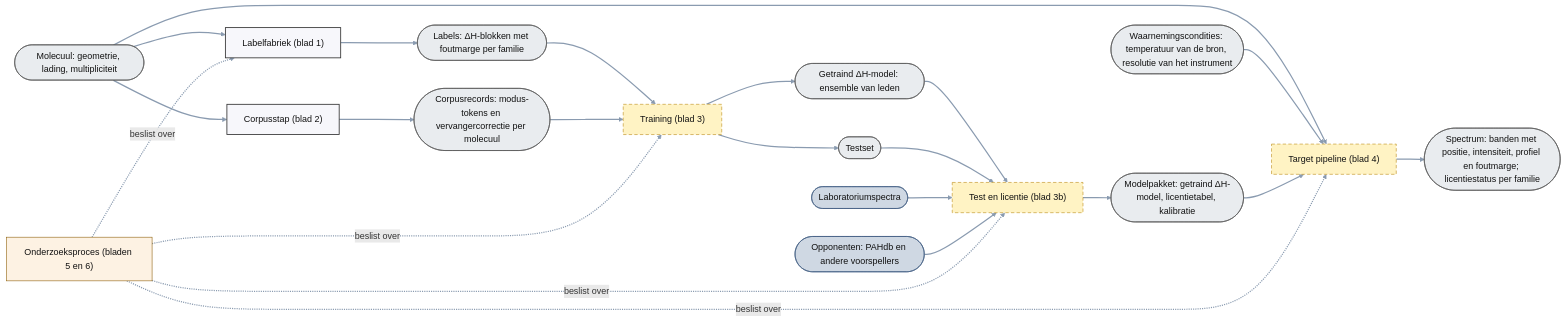
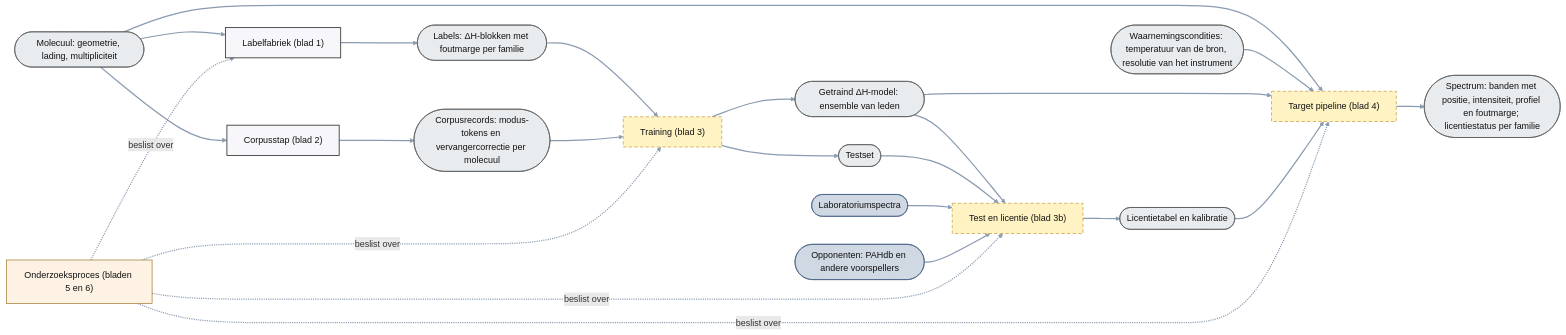
Before and after one commit to thebreadishard/udacity-capstone-plan: the diagram in plans/05_delta-probed-ir-pipeline/GoalGathering/architecture/00_overzicht.mmd, drawn with Mermaid. The commit also changed 2 other files, not shown here.

Commit message:
Plan 05 architecture: option 1 for the model — sheet 3b ends in the licence table and the calibration (bundling step and modelpakket removed; the weights do not change there); the overview sends the trained ΔH-model from sheet 3 and the licence table with calibration from sheet 3b to the target pipeline; index row updated; rendered locally

```diff
--- a/plans/05_delta-probed-ir-pipeline/GoalGathering/architecture/00_overzicht.mmd
+++ b/plans/05_delta-probed-ir-pipeline/GoalGathering/architecture/00_overzicht.mmd
@@ -1,46 +1,47 @@
 %% Overzicht plan 05 (niveau 1): de soorten proces en de data-objecten die ze verbinden. Doelarchitectuur; geen besluiten, geen data.
 %% Rechthoek = proces (hier: een heel blad); ronde uiteinden = data-object; pijl = datastroom. Gestippeld = nog niet gebouwd.
 flowchart LR
   linkStyle default stroke:#8a9bb0,stroke-width:2.2px
   classDef planned stroke-dasharray: 6 4,stroke:#b8860b,fill:#fff3c4,color:#111
   classDef ext fill:#cfd8e3,stroke:#3d5a80,color:#111
   classDef data fill:#e9ecef,stroke:#555,color:#111
   classDef proc fill:#f7f7fb,stroke:#333,stroke-width:1.5px,color:#111
   classDef research fill:#fdf2e3,stroke:#8a5a00,color:#111
 
   MOL(["Molecuul: geometrie, lading, multipliciteit"]):::data
   COND(["Waarnemingscondities: temperatuur van de bron, resolutie van het instrument"]):::data
   LABDB(["Laboratoriumspectra"]):::ext
   PAHDB(["Opponenten: PAHdb en andere voorspellers"]):::ext
 
   LABF["Labelfabriek (blad 1)"]:::proc
   LABELS(["Labels: ΔH-blokken met foutmarge per familie"]):::data
   CORPF["Corpusstap (blad 2)"]:::proc
   CORPUS(["Corpusrecords: modus-tokens en vervangercorrectie per molecuul"]):::data
   TRAIN["Training (blad 3)"]:::planned
   TRAINED(["Getraind ΔH-model: ensemble van leden"]):::data
   TESTSET(["Testset"]):::data
   EVAL["Test en licentie (blad 3b)"]:::planned
-  MODEL(["Modelpakket: getraind ΔH-model, licentietabel, kalibratie"]):::data
+  LICCAL(["Licentietabel en kalibratie"]):::data
   PIPE["Target pipeline (blad 4)"]:::planned
   SPEC(["Spectrum: banden met positie, intensiteit, profiel en foutmarge; licentiestatus per familie"]):::data
   RES["Onderzoeksproces (bladen 5 en 6)"]:::research
 
   MOL --> LABF --> LABELS
   MOL --> CORPF --> CORPUS
   LABELS --> TRAIN
   CORPUS --> TRAIN
   TRAIN --> TRAINED
   TRAINED --> EVAL
   TRAIN --> TESTSET --> EVAL
   LABDB --> EVAL
   PAHDB --> EVAL
-  EVAL --> MODEL
+  EVAL --> LICCAL
   MOL --> PIPE
   COND --> PIPE
-  MODEL --> PIPE
+  TRAINED --> PIPE
+  LICCAL --> PIPE
   PIPE --> SPEC
   RES -. beslist over .-> LABF
   RES -. beslist over .-> TRAIN
   RES -. beslist over .-> EVAL
   RES -. beslist over .-> PIPE
```
